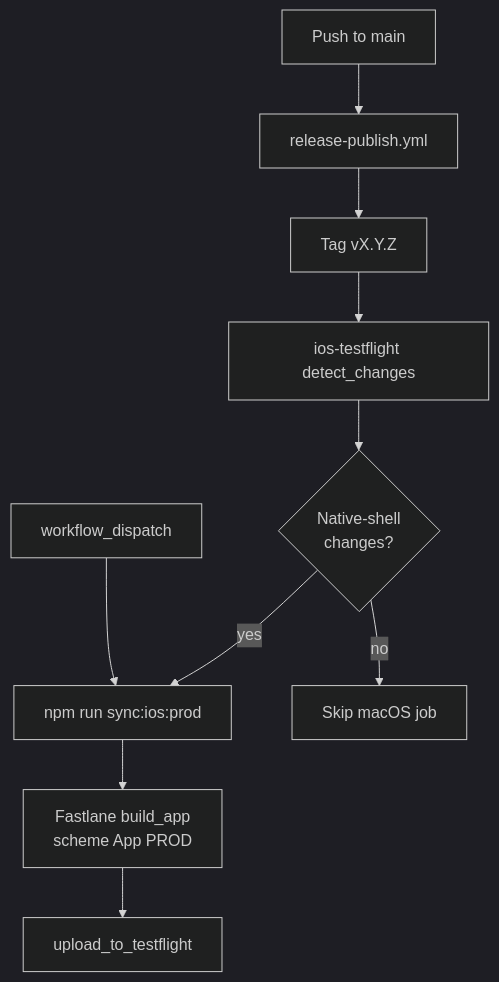
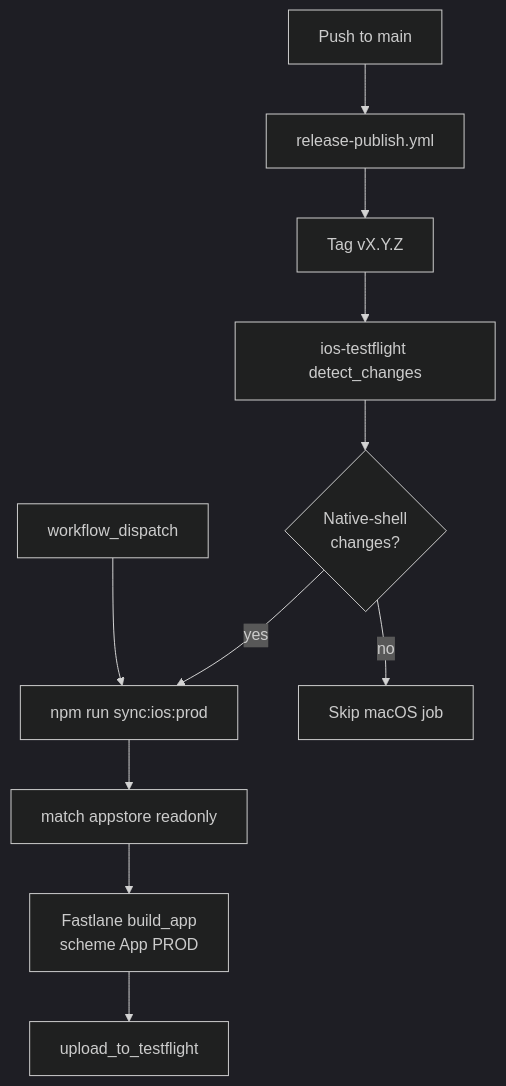
One commit to thetigeregg/game-shelf changed the diagram in docs/ios-testflight-ci.md. Above: the diagram before and after it, drawn with Mermaid (dark theme). The commit also changed other lines of this file and 3 other files, not shown here.

Commit message:
ci(ios): switch TestFlight signing to fastlane match

````diff
--- a/docs/ios-testflight-ci.md
+++ b/docs/ios-testflight-ci.md
@@ -9,12 +9,13 @@
 ```mermaid
 flowchart TD
   MainPush[Push to main] --> ReleaseWF[release-publish.yml]
   ReleaseWF --> Tag["Tag vX.Y.Z"]
   Tag --> Gate[ios-testflight detect_changes]
   Gate --> Diff{Native-shell<br/>changes?}
   Diff -->|yes| NodeBuild["npm run sync:ios:prod"]
   Diff -->|no| Skip[Skip macOS job]
-  NodeBuild --> FastlaneBuild["Fastlane build_app<br/>scheme App PROD"]
+  NodeBuild --> MatchRO["match appstore readonly"]
+  MatchRO --> FastlaneBuild["Fastlane build_app<br/>scheme App PROD"]
   FastlaneBuild --> TestFlight["upload_to_testflight"]
   Dispatch[workflow_dispatch] --> NodeBuild
 ```
````
